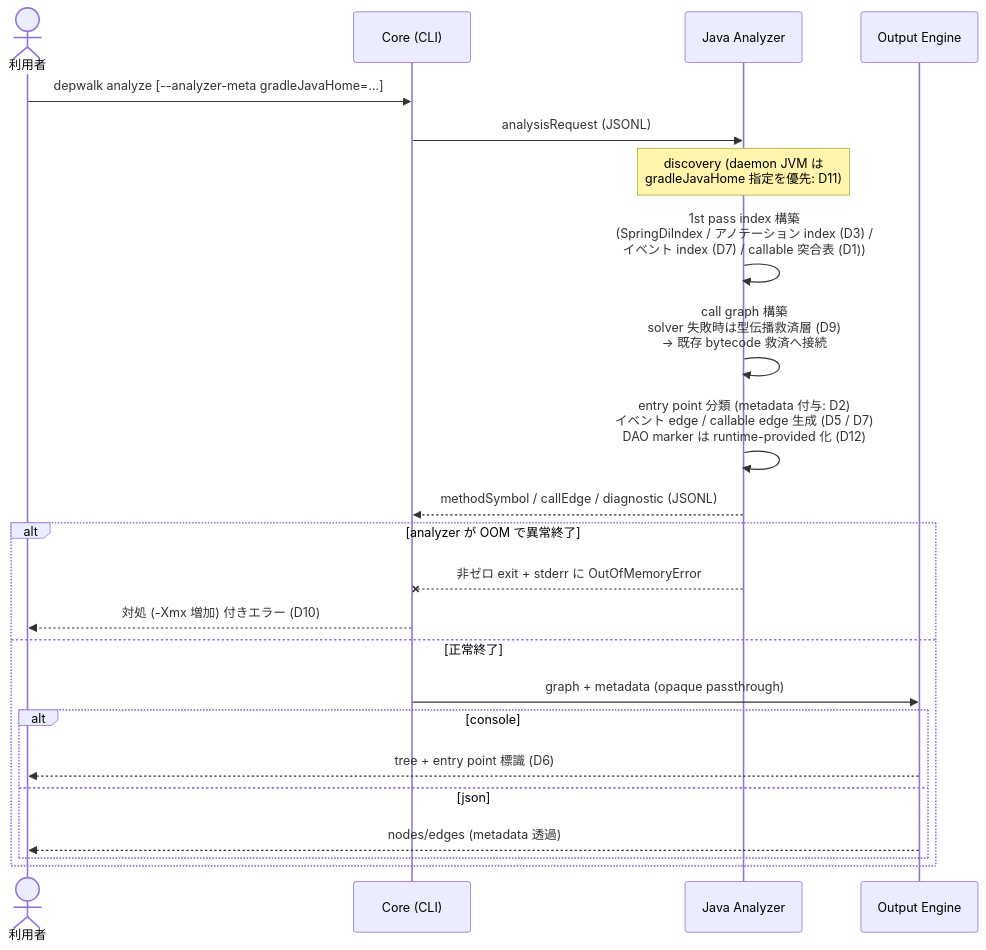
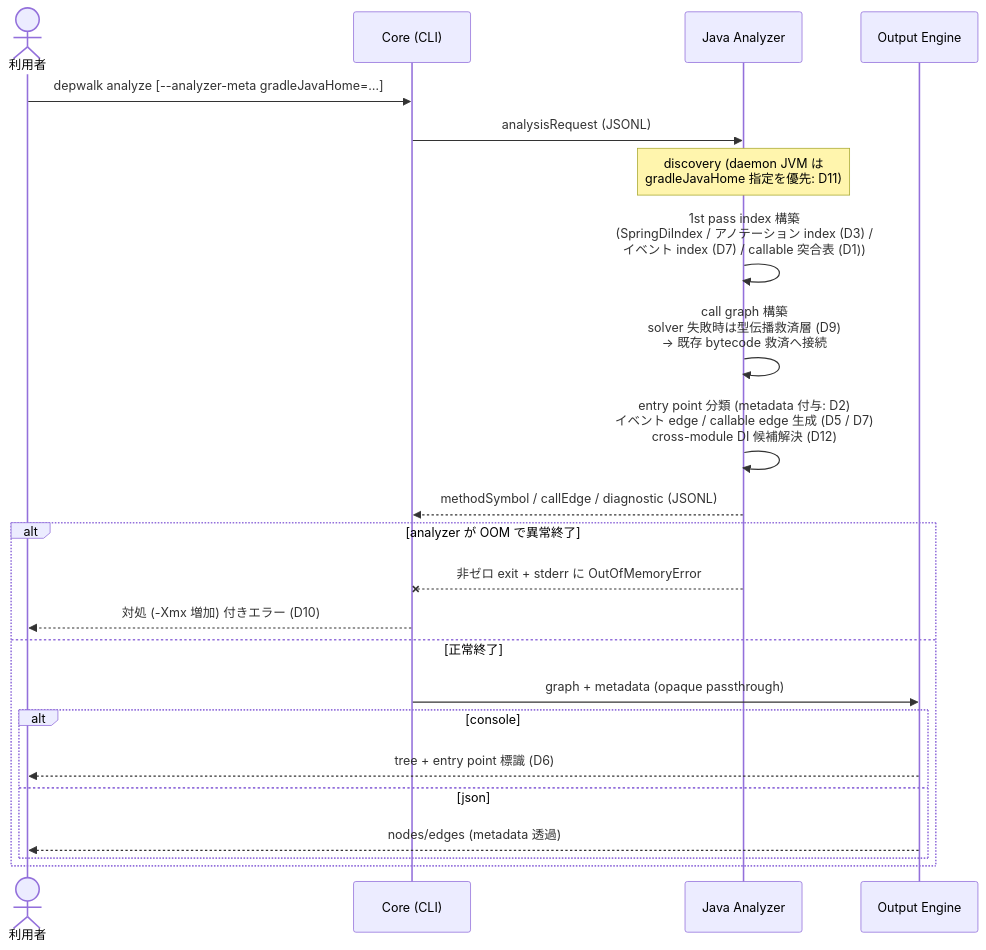
The second of 2 diagrams in specs/82-implicit-call-resolution/index.md (Fukuemon/depwalk), drawn with Mermaid before and after one commit. The commit also changed other lines of this file and 1 other file, not shown here.

First line of the commit message:
docs(spec): D12 を根拠再検証により cross-module DI 調査へ改訂する #82

````diff
--- a/specs/82-implicit-call-resolution/index.md
+++ b/specs/82-implicit-call-resolution/index.md
@@ -310,26 +311,26 @@
 ```mermaid
 sequenceDiagram
     actor User as 利用者
     participant CLI as Core (CLI)
     participant AZ as Java Analyzer
     participant OUT as Output Engine
 
     User->>CLI: depwalk analyze [--analyzer-meta gradleJavaHome=…]
     CLI->>AZ: analysisRequest (JSONL)
     Note over AZ: discovery (daemon JVM は<br/>gradleJavaHome 指定を優先: D11)
     AZ->>AZ: 1st pass index 構築<br/>(SpringDiIndex / アノテーション index (D3) /<br/>イベント index (D7) / callable 突合表 (D1))
     AZ->>AZ: call graph 構築<br/>solver 失敗時は型伝播救済層 (D9)<br/>→ 既存 bytecode 救済へ接続
-    AZ->>AZ: entry point 分類 (metadata 付与: D2)<br/>イベント edge / callable edge 生成 (D5 / D7)<br/>DAO marker は runtime-provided 化 (D12)
+    AZ->>AZ: entry point 分類 (metadata 付与: D2)<br/>イベント edge / callable edge 生成 (D5 / D7)<br/>cross-module DI 候補解決 (D12)
     AZ-->>CLI: methodSymbol / callEdge / diagnostic (JSONL)
     alt analyzer が OOM で異常終了
         AZ--xCLI: 非ゼロ exit + stderr に OutOfMemoryError
         CLI-->>User: 対処 (-Xmx 増加) 付きエラー (D10)
     else 正常終了
         CLI->>OUT: graph + metadata (opaque passthrough)
         alt console
             OUT-->>User: tree + entry point 標識 (D6)
         else json
             OUT-->>User: nodes/edges (metadata 透過)
         end
     end
 ```
````
